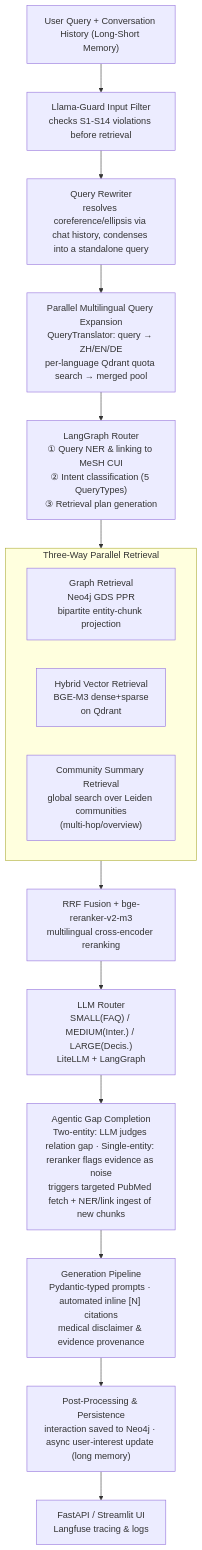
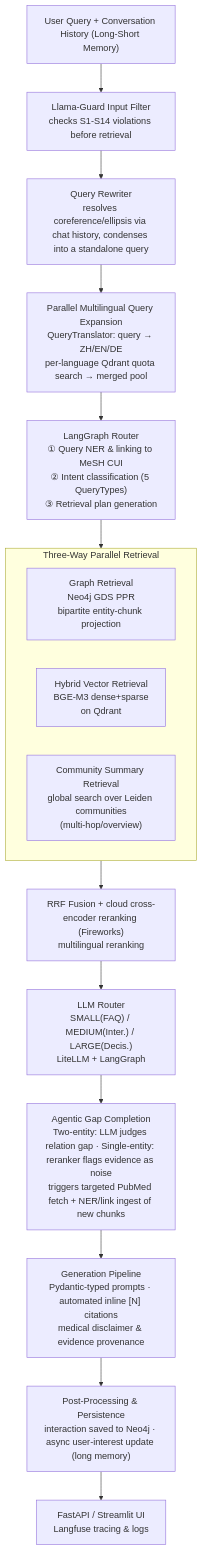
The third of 3 diagrams in README.md (YikunHuang123/MedGraphia), drawn with Mermaid before and after one commit. The commit also changed other lines of this file and 12 other files, not shown here.

````diff
--- a/README.md
+++ b/README.md
@@ -195,25 +195,25 @@
 ```mermaid
 flowchart TD
     INPUT["User Query + Conversation History (Long-Short Memory)"]
     GUARD["Llama-Guard Input Filter<br/>checks S1-S14 violations before retrieval"]
     REWRITE["Query Rewriter<br/>resolves coreference/ellipsis via chat history, condenses into a standalone query"]
     EXPAND["Parallel Multilingual Query Expansion<br/>QueryTranslator: query → ZH/EN/DE<br/>per-language Qdrant quota search → merged pool"]
     ROUTE["LangGraph Router<br/>① Query NER & linking to MeSH CUI<br/>② Intent classification (5 QueryTypes)<br/>③ Retrieval plan generation"]
 
     subgraph RETRIEVE["Three-Way Parallel Retrieval"]
         direction LR
         GRAPH["Graph Retrieval<br/>Neo4j GDS PPR<br/>bipartite entity-chunk projection"]
         VECTOR["Hybrid Vector Retrieval<br/>BGE-M3 dense+sparse<br/>on Qdrant"]
         COMMUNITY["Community Summary Retrieval<br/>global search over Leiden communities<br/>(multi-hop/overview)"]
     end
 
-    FUSION["RRF Fusion + bge-reranker-v2-m3<br/>multilingual cross-encoder reranking"]
+    FUSION["RRF Fusion + cloud cross-encoder reranking (Fireworks)<br/>multilingual reranking"]
     LLMROUTE["LLM Router<br/>SMALL(FAQ) / MEDIUM(Inter.) / LARGE(Decis.)<br/>LiteLLM + LangGraph"]
     GAP["Agentic Gap Completion<br/>Two-entity: LLM judges relation gap · Single-entity: reranker flags evidence as noise<br/>triggers targeted PubMed fetch + NER/link ingest of new chunks"]
     GEN["Generation Pipeline<br/>Pydantic-typed prompts · automated inline [N] citations<br/>medical disclaimer & evidence provenance"]
     PERSIST["Post-Processing & Persistence<br/>interaction saved to Neo4j · async user-interest update (long memory)"]
     UI["FastAPI / Streamlit UI<br/>Langfuse tracing & logs"]
 
     INPUT --> GUARD --> REWRITE --> EXPAND --> ROUTE --> RETRIEVE
     RETRIEVE --> FUSION --> LLMROUTE --> GAP --> GEN --> PERSIST --> UI
 ```
````
